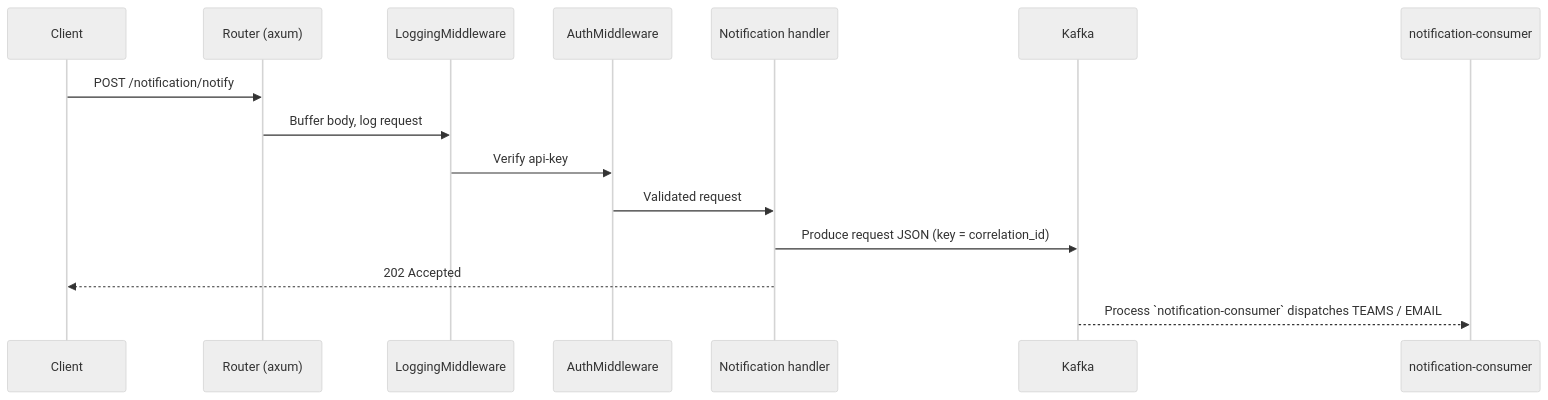
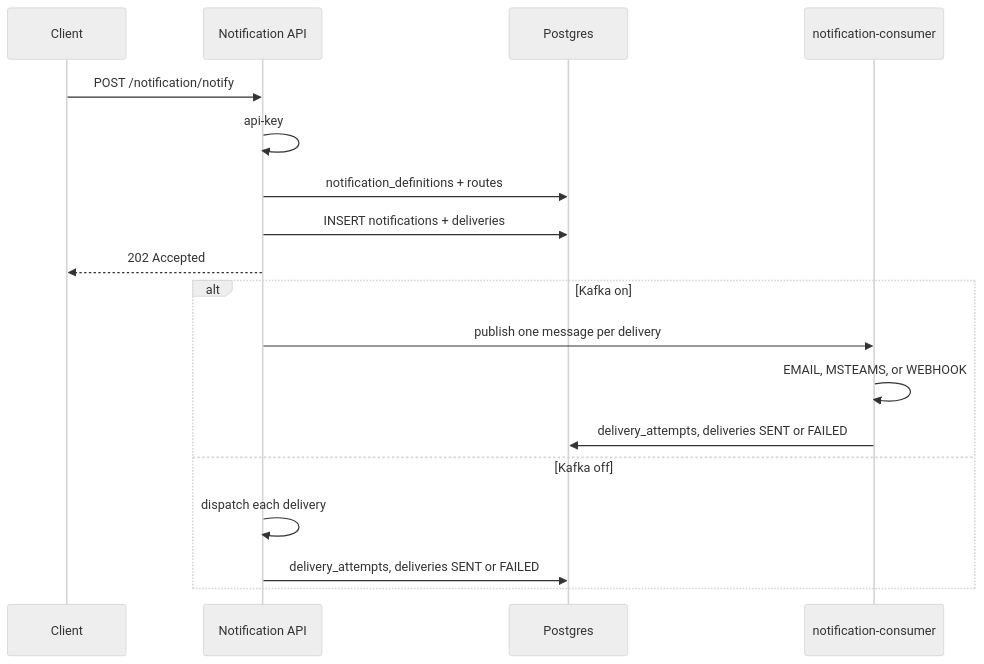
Before and after one commit to AtlasBevis/notification-service: the diagram in docs/api_flow.md, drawn with Mermaid (neutral theme). The commit also changed other lines of this file and 39 other files, not shown here.

````diff
--- a/docs/api_flow.md
+++ b/docs/api_flow.md
@@ -5,18 +13,21 @@
 ```mermaid
 sequenceDiagram
     participant Client
-    participant Router as Router (axum)
-    participant Logging as LoggingMiddleware
-    participant Auth as AuthMiddleware
-    participant Handler as Notification handler
-    participant Kafka
-    participant Consumer as notification-consumer
+    participant API as Notification API
+    participant DB as Postgres
+    participant Worker as notification-consumer
 
-    Client->>Router: POST /notification/notify
-    Router->>Logging: Buffer body, log request
-    Logging->>Auth: Verify api-key
-    Auth->>Handler: Validated request
-    Handler->>Kafka: Produce request JSON (key = correlation_id)
-    Handler-->>Client: 202 Accepted
-    Kafka-->>Consumer: Process `notification-consumer` dispatches TEAMS / EMAIL
+    Client->>API: POST /notification/notify
+    API->>API: api-key
+    API->>DB: notification_definitions + routes
+    API->>DB: INSERT notifications + deliveries
+    API-->>Client: 202 Accepted
+    alt Kafka on
+        API->>Worker: publish one message per delivery
+        Worker->>Worker: EMAIL, MSTEAMS, or WEBHOOK
+        Worker->>DB: delivery_attempts, deliveries SENT or FAILED
+    else Kafka off
+        API->>API: dispatch each delivery
+        API->>DB: delivery_attempts, deliveries SENT or FAILED
+    end
 ```
````
